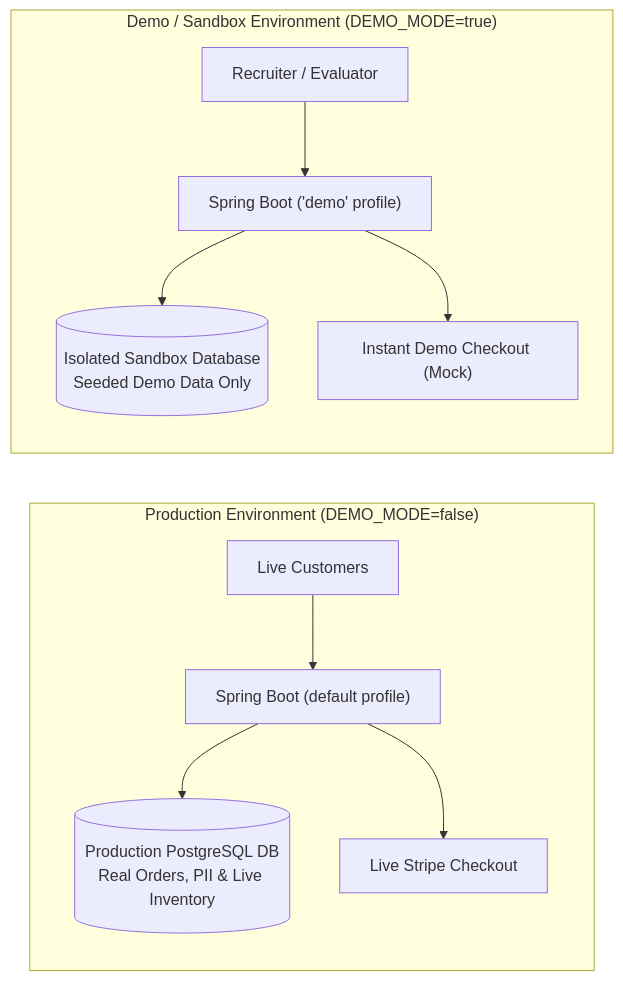
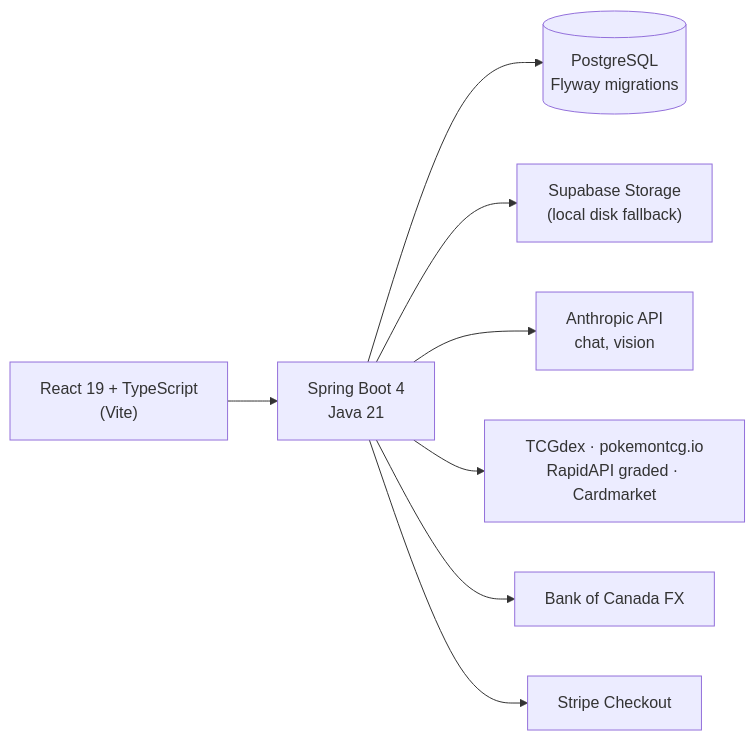
Before and after one commit to hrishi-tailor/Tailor-Cards: the diagram in README.md, drawn with Mermaid. The commit also changed other lines of this file and 4 other files, not shown here.

````diff
--- a/README.md
+++ b/README.md
@@ -586,14 +72,10 @@
 ```mermaid
 flowchart LR
-    subgraph Production ["Production Environment (DEMO_MODE=false)"]
-        ProdClient["Live Customers"] --> ProdAPI["Spring Boot (default profile)"]
-        ProdAPI --> ProdDB[("Production PostgreSQL DB<br/>Real Orders, PII & Live Inventory")]
-        ProdAPI --> StripeLive["Live Stripe Checkout"]
-    end
-
-    subgraph DemoSandbox ["Demo / Sandbox Environment (DEMO_MODE=true)"]
-        Recruiter["Recruiter / Evaluator"] --> DemoAPI["Spring Boot ('demo' profile)"]
-        DemoAPI --> DemoDB[("Isolated Sandbox Database<br/>Seeded Demo Data Only")]
-        DemoAPI --> MockCheckout["Instant Demo Checkout (Mock)"]
-    end
+    Browser["React 19 + TypeScript<br/>(Vite)"] --> API["Spring Boot 4<br/>Java 21"]
+    API --> DB[("PostgreSQL<br/>Flyway migrations")]
+    API --> Storage["Supabase Storage<br/>(local disk fallback)"]
+    API --> Claude["Anthropic API<br/>chat, vision"]
+    API --> Prices["TCGdex · pokemontcg.io<br/>RapidAPI graded · Cardmarket"]
+    API --> FX["Bank of Canada FX"]
+    API --> Stripe["Stripe Checkout"]
 ```
````
